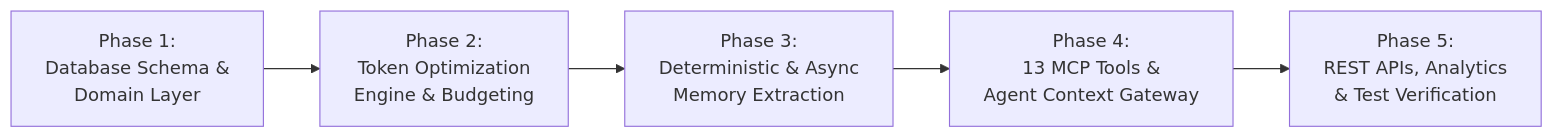
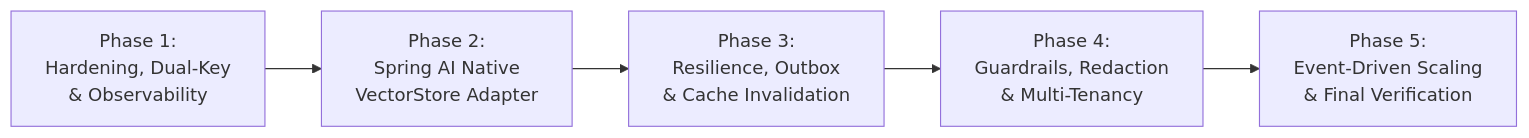
Before and after one commit to livejpsingh/ai-session-vault: the third of 3 diagrams in docs/PHASE_WISE_IMPLEMENTATION_PLAN.md, drawn with Mermaid. The commit also changed other lines of this file and 6 other files, not shown here.

Commit message:
docs: update all architecture, inception, roadmap, and operational guides to v3.0 enterprise standard

````diff
--- a/docs/PHASE_WISE_IMPLEMENTATION_PLAN.md
+++ b/docs/PHASE_WISE_IMPLEMENTATION_PLAN.md
@@ -169,7 +169,7 @@
 ```mermaid
 flowchart LR
-    P1["Phase 1:<br/>Database Schema &<br/>Domain Layer"] --> P2["Phase 2:<br/>Token Optimization<br/>Engine & Budgeting"]
-    P2 --> P3["Phase 3:<br/>Deterministic & Async<br/>Memory Extraction"]
-    P3 --> P4["Phase 4:<br/>13 MCP Tools &<br/>Agent Context Gateway"]
-    P4 --> P5["Phase 5:<br/>REST APIs, Analytics<br/>& Test Verification"]
+    P1["Phase 1:<br/>Hardening, Dual-Key<br/>& Observability"] --> P2["Phase 2:<br/>Spring AI Native<br/>VectorStore Adapter"]
+    P2 --> P3["Phase 3:<br/>Resilience, Outbox<br/>& Cache Invalidation"]
+    P3 --> P4["Phase 4:<br/>Guardrails, Redaction<br/>& Multi-Tenancy"]
+    P4 --> P5["Phase 5:<br/>Event-Driven Scaling<br/>& Final Verification"]
 ```
````
